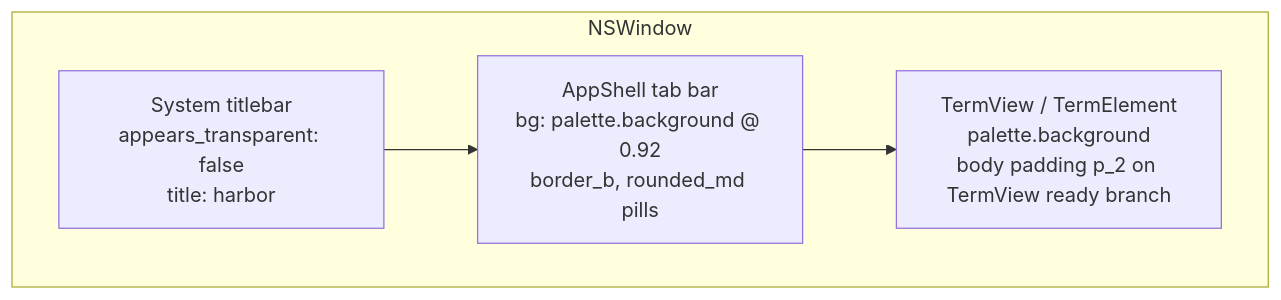
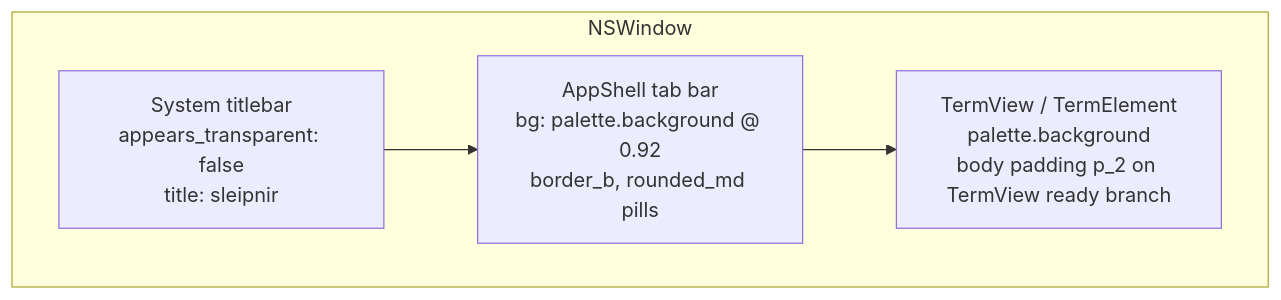
The first of 5 diagrams in docs/ui-chrome-hig-redesign.md (Maidang1/sleipnir), drawn with Mermaid before and after one commit. The commit also changed other lines of this file and 42 other files, not shown here.

First line of the commit message:
Rename project from Harbor to Sleipnir

````diff
--- a/docs/ui-chrome-hig-redesign.md
+++ b/docs/ui-chrome-hig-redesign.md
@@ -29,9 +29,9 @@
 ```mermaid
 flowchart TB
   subgraph Window["NSWindow"]
-    TB["System titlebar<br/>appears_transparent: false<br/>title: harbor"]
+    TB["System titlebar<br/>appears_transparent: false<br/>title: sleipnir"]
     AB["AppShell tab bar<br/>bg: palette.background @ 0.92<br/>border_b, rounded_md pills"]
     TV["TermView / TermElement<br/>palette.background<br/>body padding p_2 on TermView ready branch"]
   end
   TB --> AB --> TV
 ```
````
